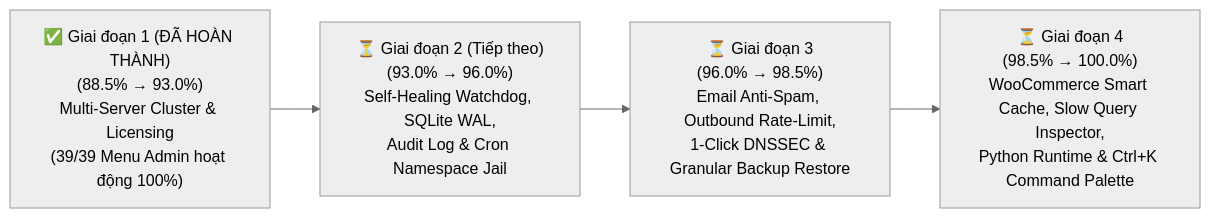
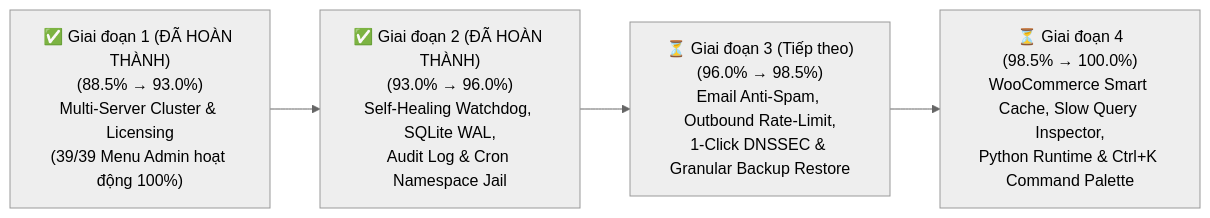
Before and after one commit to shostwp-byte/spanel: the diagram in plan-report/KE_HOACH_HOAN_THIEN_ENTERPRISE_100.md, drawn with Mermaid (neutral theme). The commit also changed other lines of this file and 12 other files, not shown here.

Commit message:
feat(phase2): Self-Healing Service Watchdog, SQLite WAL & Hot-Backup, SHA-256 Audit Trail & Cron Confinement (96% Enterprise)

````diff
--- a/plan-report/KE_HOACH_HOAN_THIEN_ENTERPRISE_100.md
+++ b/plan-report/KE_HOACH_HOAN_THIEN_ENTERPRISE_100.md
@@ -196,6 +185,6 @@
 ```mermaid
 flowchart LR
-    P1["✅ Giai đoạn 1 (ĐÃ HOÀN THÀNH)<br/>(88.5% → 93.0%)<br/>Multi-Server Cluster & Licensing<br/>(39/39 Menu Admin hoạt động 100%)"] --> P2["⏳ Giai đoạn 2 (Tiếp theo)<br/>(93.0% → 96.0%)<br/>Self-Healing Watchdog, SQLite WAL,<br/>Audit Log & Cron Namespace Jail"]
-    P2 --> P3["⏳ Giai đoạn 3<br/>(96.0% → 98.5%)<br/>Email Anti-Spam, Outbound Rate-Limit,<br/>1-Click DNSSEC & Granular Backup Restore"]
+    P1["✅ Giai đoạn 1 (ĐÃ HOÀN THÀNH)<br/>(88.5% → 93.0%)<br/>Multi-Server Cluster & Licensing<br/>(39/39 Menu Admin hoạt động 100%)"] --> P2["✅ Giai đoạn 2 (ĐÃ HOÀN THÀNH)<br/>(93.0% → 96.0%)<br/>Self-Healing Watchdog, SQLite WAL,<br/>Audit Log & Cron Namespace Jail"]
+    P2 --> P3["⏳ Giai đoạn 3 (Tiếp theo)<br/>(96.0% → 98.5%)<br/>Email Anti-Spam, Outbound Rate-Limit,<br/>1-Click DNSSEC & Granular Backup Restore"]
     P3 --> P4["⏳ Giai đoạn 4<br/>(98.5% → 100.0%)<br/>WooCommerce Smart Cache, Slow Query Inspector,<br/>Python Runtime & Ctrl+K Command Palette"]
 ```
````
